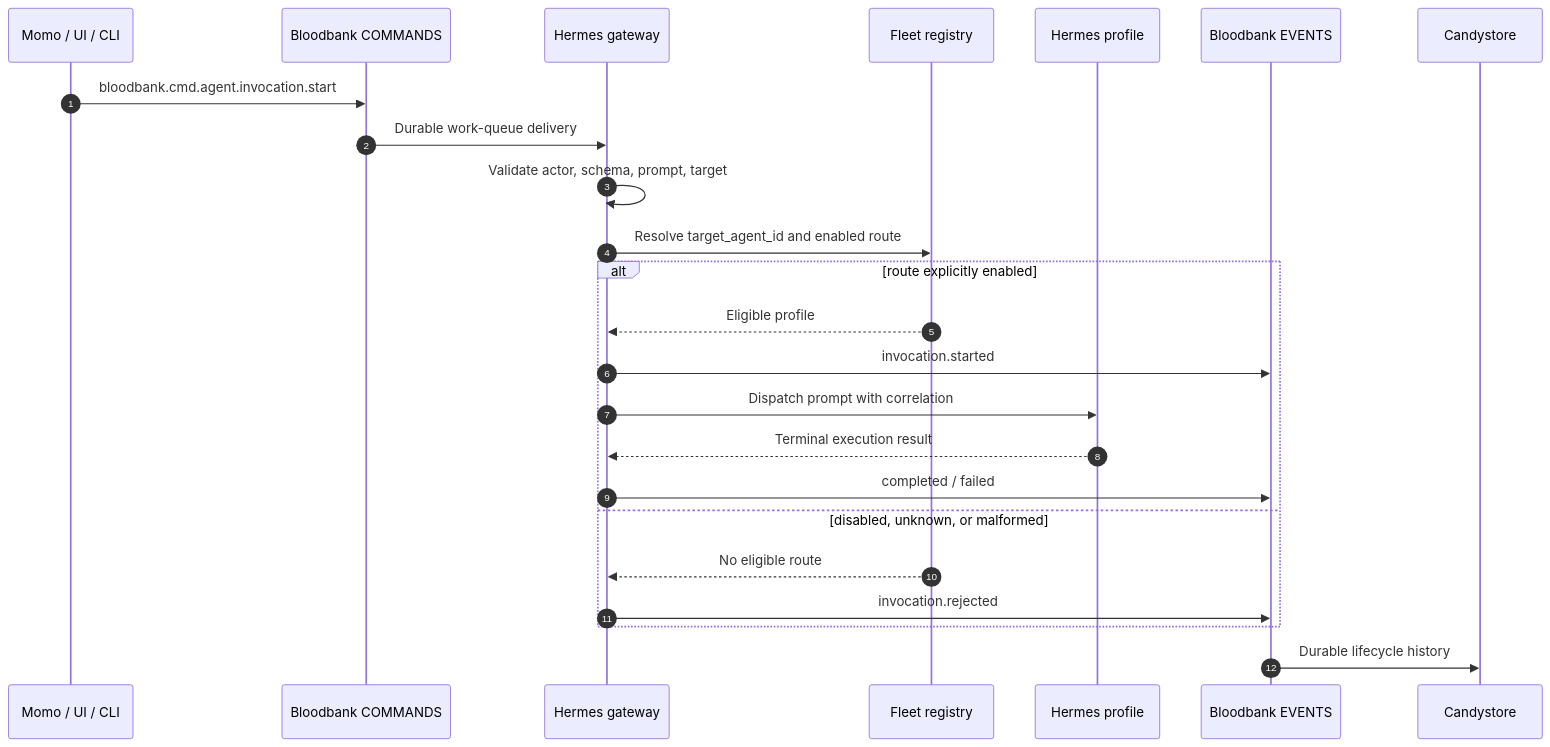
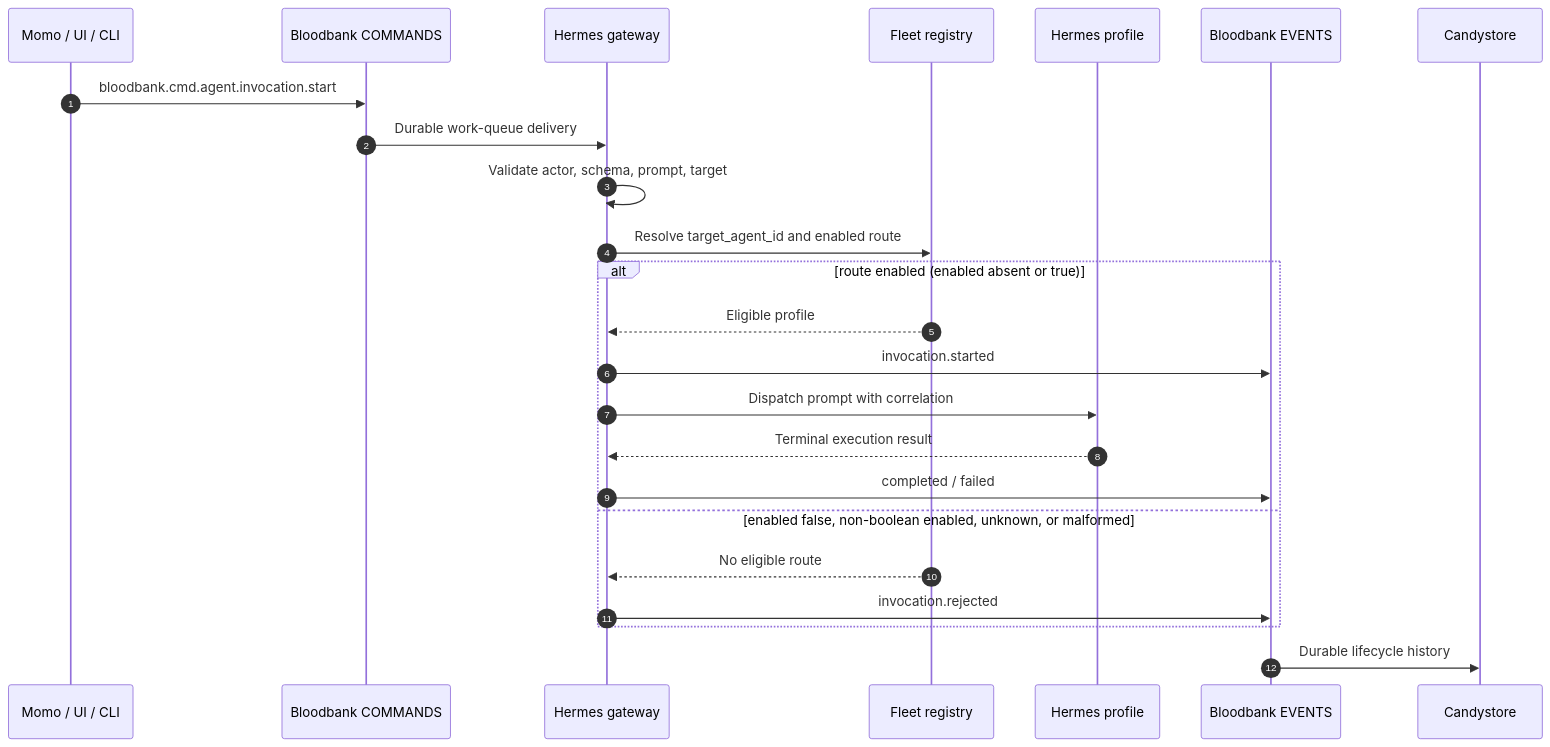
Before and after one commit to delorenj/33GOD: the fourth of 4 diagrams in docs/event-journey.md, drawn with Mermaid. The commit also changed other lines of this file and 4 other files, not shown here.

````diff
--- a/docs/event-journey.md
+++ b/docs/event-journey.md
@@ -129,29 +129,29 @@
 ```mermaid
 sequenceDiagram
     autonumber
     participant P as Momo / UI / CLI
     participant C as Bloodbank COMMANDS
     participant G as Hermes gateway
     participant R as Fleet registry
     participant A as Hermes profile
     participant E as Bloodbank EVENTS
     participant D as Candystore
 
     P->>C: bloodbank.cmd.agent.invocation.start
     C->>G: Durable work-queue delivery
     G->>G: Validate actor, schema, prompt, target
     G->>R: Resolve target_agent_id and enabled route
 
-    alt route explicitly enabled
+    alt route enabled (enabled absent or true)
         R-->>G: Eligible profile
         G->>E: invocation.started
         G->>A: Dispatch prompt with correlation
         A-->>G: Terminal execution result
         G->>E: completed / failed
-    else disabled, unknown, or malformed
+    else enabled false, non-boolean enabled, unknown, or malformed
         R-->>G: No eligible route
         G->>E: invocation.rejected
     end
 
     E->>D: Durable lifecycle history
 ```
````
